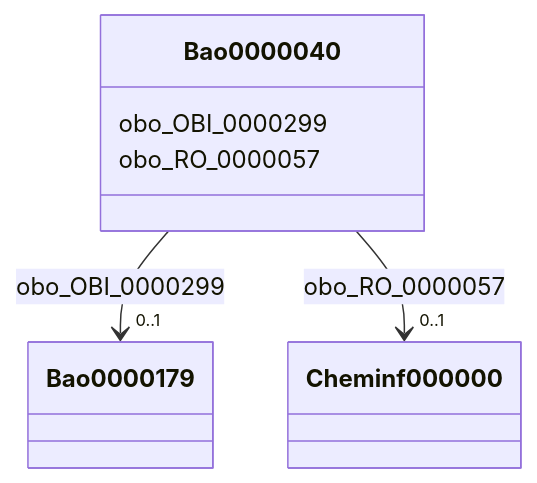
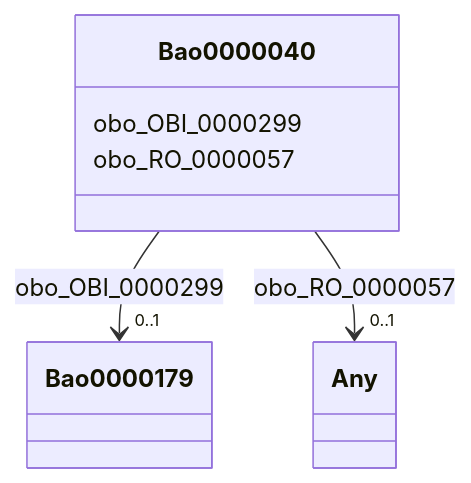
The diagram in biobricks-ice-kg/classes/Bao0000040.md (frink-okn/graph-descriptions), drawn with Mermaid before and after one commit. The commit also changed other lines of this file and 82 other files, not shown here.

````diff
--- a/biobricks-ice-kg/classes/Bao0000040.md
+++ b/biobricks-ice-kg/classes/Bao0000040.md
@@ -19,24 +18,24 @@
 ```mermaid
  classDiagram
     class Bao0000040
     click Bao0000040 href "../Bao0000040"
       Bao0000040 : obo_OBI_0000299
         
           
     
     
     Bao0000040 --> "0..1" Bao0000179 : obo_OBI_0000299
     click Bao0000179 href "../Bao0000179"
 
         
       Bao0000040 : obo_RO_0000057
         
           
     
     
-    Bao0000040 --> "0..1" Cheminf000000 : obo_RO_0000057
-    click Cheminf000000 href "../Cheminf000000"
+    Bao0000040 --> "0..1" Any : obo_RO_0000057
+    click Any href "../Any"
 
         
       
 ```
````
